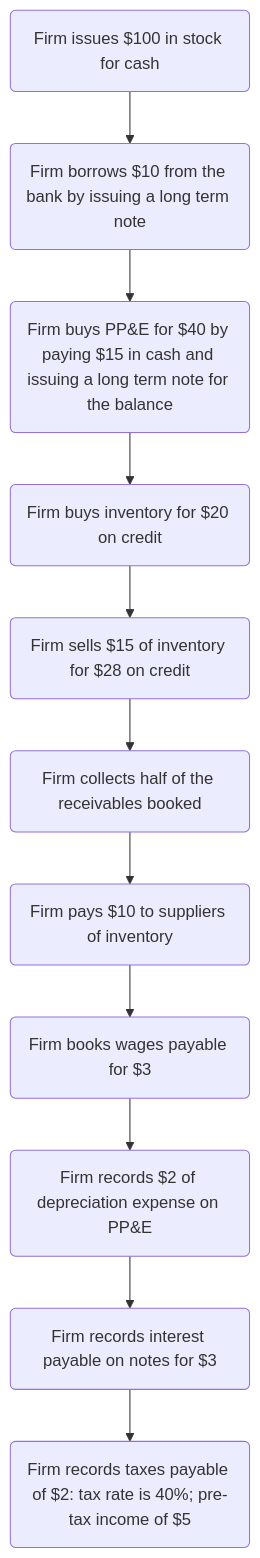
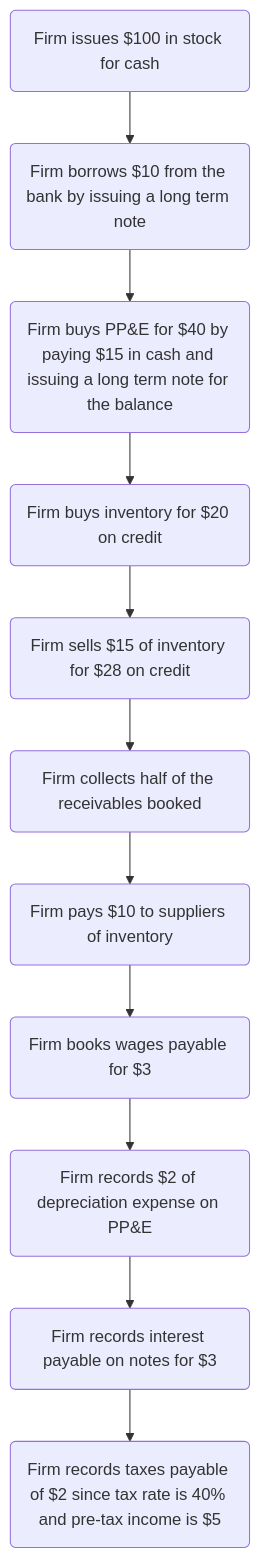
One commit to sheilsarda/Training_The_Street changed the diagram in Accounting_Notes.md. Above: the diagram before and after it, drawn with Mermaid.

````diff
--- a/Accounting_Notes.md
+++ b/Accounting_Notes.md
@@ -75,13 +75,13 @@
 ```mermaid
 flowchart TB
     A(Firm issues $100 in stock for cash) --> B(Firm borrows $10 from the bank by issuing a long term note)
     B --> C(Firm buys PP&E for $40 by paying $15 in cash and issuing a long term note for the balance)
     C --> D(Firm buys inventory for $20 on credit)
     D --> E(Firm sells $15 of inventory for $28 on credit)
     E --> F(Firm collects half of the receivables booked)
     F --> G(Firm pays $10 to suppliers of inventory)
     G --> H(Firm books wages payable for $3)
     H --> I(Firm records $2 of depreciation expense on PP&E)
     I --> J(Firm records interest payable on notes for $3)
-    J --> K(Firm records taxes payable of $2: tax rate is 40%; pre-tax income of $5)
+    J --> K(Firm records taxes payable of $2 since tax rate is 40% and pre-tax income is $5)
 ```
````
